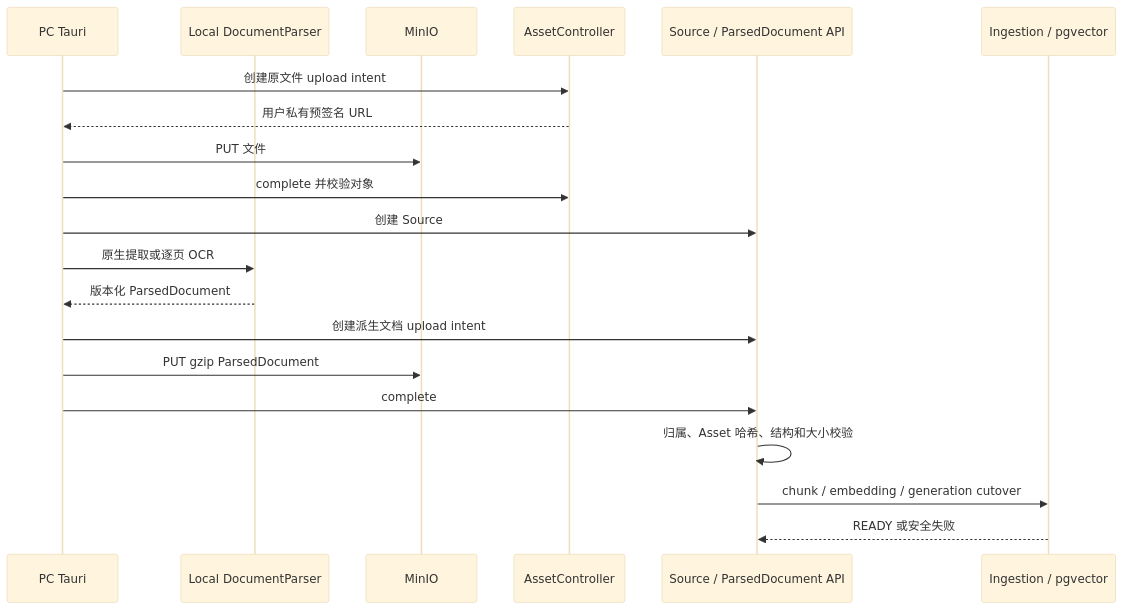
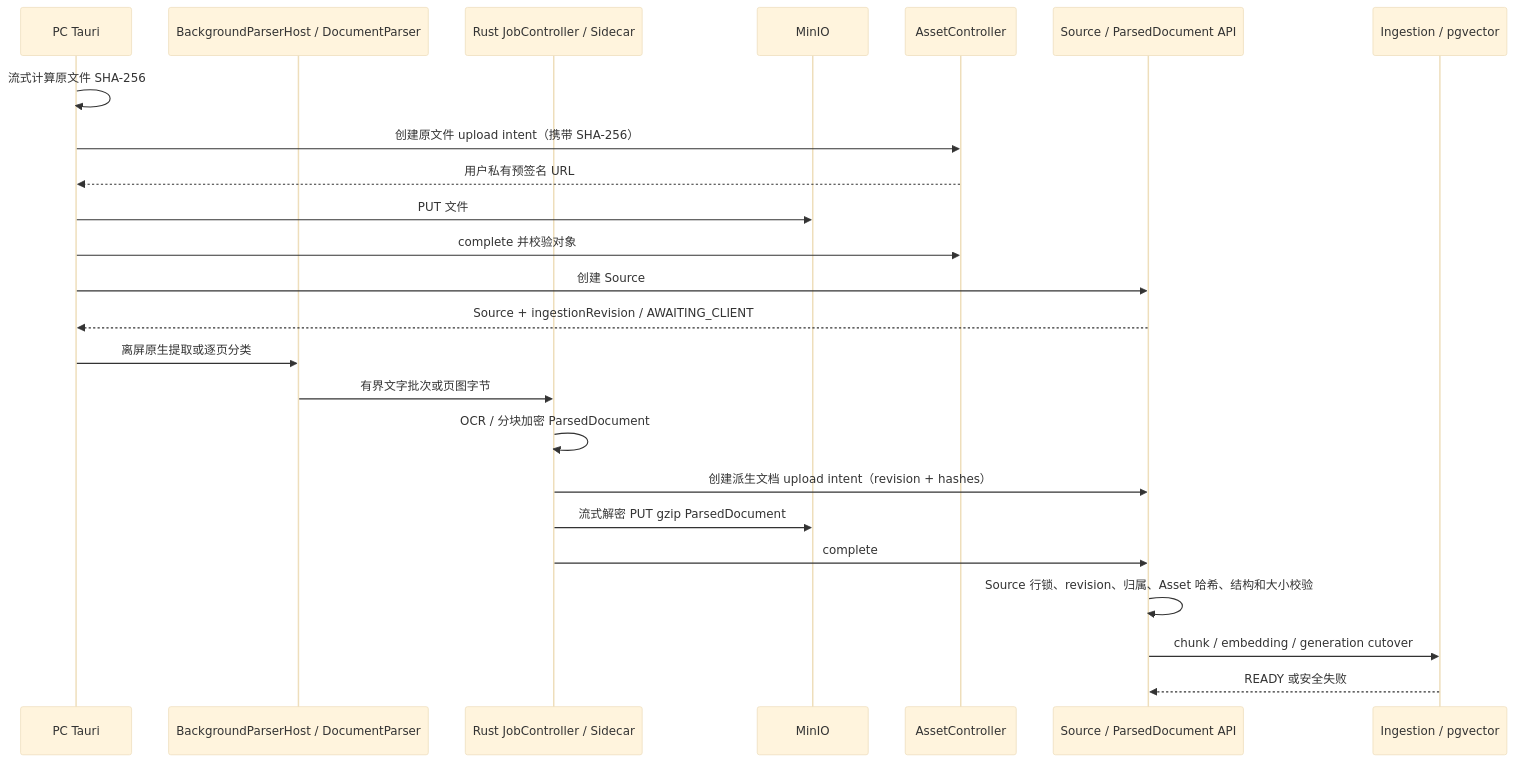
Before and after one commit to fewhuooo/Auralis: the fourth of 4 diagrams in docs/project/Architecture.md, drawn with Mermaid (base theme). The commit also changed other lines of this file and 7 other files, not shown here.

````diff
--- a/docs/project/Architecture.md
+++ b/docs/project/Architecture.md
@@ -142,22 +144,26 @@
 ```mermaid
 sequenceDiagram
   participant C as PC Tauri
-  participant P as Local DocumentParser
+  participant P as BackgroundParserHost / DocumentParser
+  participant J as Rust JobController / Sidecar
   participant O as MinIO
   participant A as AssetController
   participant S as Source / ParsedDocument API
   participant R as Ingestion / pgvector
-  C->>A: 创建原文件 upload intent
+  C->>C: 流式计算原文件 SHA-256
+  C->>A: 创建原文件 upload intent（携带 SHA-256）
   A-->>C: 用户私有预签名 URL
   C->>O: PUT 文件
   C->>A: complete 并校验对象
   C->>S: 创建 Source
-  C->>P: 原生提取或逐页 OCR
-  P-->>C: 版本化 ParsedDocument
-  C->>S: 创建派生文档 upload intent
-  C->>O: PUT gzip ParsedDocument
-  C->>S: complete
-  S->>S: 归属、Asset 哈希、结构和大小校验
+  S-->>C: Source + ingestionRevision / AWAITING_CLIENT
+  C->>P: 离屏原生提取或逐页分类
+  P->>J: 有界文字批次或页图字节
+  J->>J: OCR / 分块加密 ParsedDocument
+  J->>S: 创建派生文档 upload intent（revision + hashes）
+  J->>O: 流式解密 PUT gzip ParsedDocument
+  J->>S: complete
+  S->>S: Source 行锁、revision、归属、Asset 哈希、结构和大小校验
   S->>R: chunk / embedding / generation cutover
   R-->>S: READY 或安全失败
 ```
````
